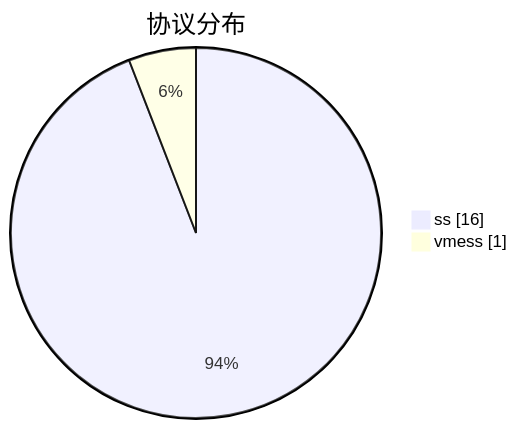
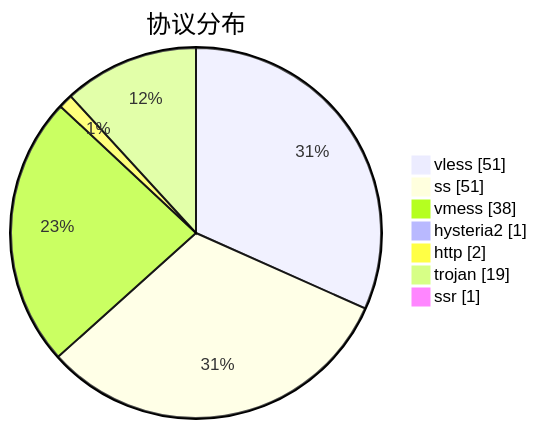
The third of 3 diagrams in subs/statistics/tested_within.md (sinspired/airport), drawn with Mermaid before and after one commit. The commit also changed other lines of this file and 2 other files, not shown here.

````diff
--- a/subs/statistics/tested_within.md
+++ b/subs/statistics/tested_within.md
@@ -21,6 +32,11 @@
 ```mermaid
 pie showData
 title 协议分布
-"ss" : 16
-"vmess" : 1
+"vless" : 51
+"ss" : 51
+"vmess" : 38
+"hysteria2" : 1
+"http" : 2
+"trojan" : 19
+"ssr" : 1
 ```
````
